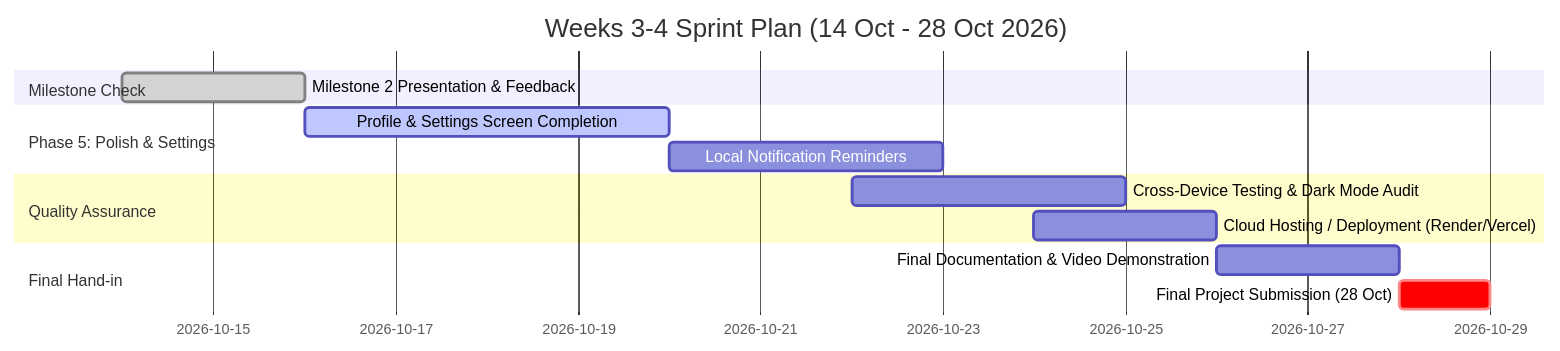
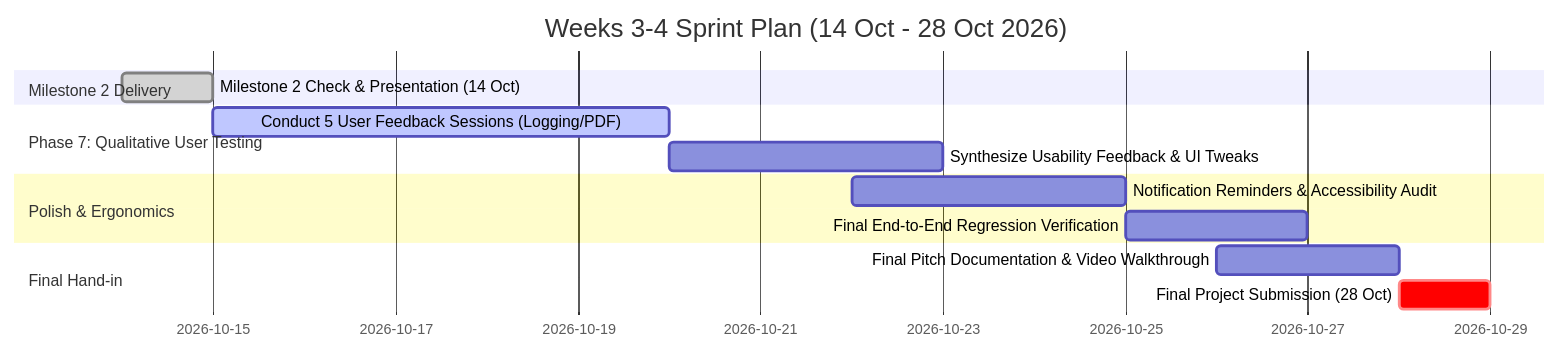
One commit to FrancoisleRouxDev/SymptomJournal changed the diagram in docs/MILESTONE_2_DOCUMENTATION.md. Above: the diagram before and after it, drawn with Mermaid. The commit also changed other lines of this file and 2 other files, not shown here.

Commit message:
docs: polish README with architecture, showcase, badges, and update Milestone 2 technical report

````diff
--- a/docs/MILESTONE_2_DOCUMENTATION.md
+++ b/docs/MILESTONE_2_DOCUMENTATION.md
@@ -121,16 +128,16 @@
 ```mermaid
 gantt
     title Weeks 3-4 Sprint Plan (14 Oct - 28 Oct 2026)
     dateFormat  YYYY-MM-DD
-    section Milestone Check
-    Milestone 2 Presentation & Feedback       :done, 2026-10-14, 2d
-    section Phase 5: Polish & Settings
-    Profile & Settings Screen Completion      :active, 2026-10-16, 4d
-    Local Notification Reminders              :2026-10-20, 3d
-    section Quality Assurance
-    Cross-Device Testing & Dark Mode Audit    :2026-10-22, 3d
-    Cloud Hosting / Deployment (Render/Vercel):2026-10-24, 2d
+    section Milestone 2 Delivery
+    Milestone 2 Check & Presentation (14 Oct) :done, 2026-10-14, 1d
+    section Phase 7: Qualitative User Testing
+    Conduct 5 User Feedback Sessions (Logging/PDF) :active, 2026-10-15, 5d
+    Synthesize Usability Feedback & UI Tweaks     :2026-10-20, 3d
+    section Polish & Ergonomics
+    Notification Reminders & Accessibility Audit  :2026-10-22, 3d
+    Final End-to-End Regression Verification      :2026-10-25, 2d
     section Final Hand-in
-    Final Documentation & Video Demonstration :2026-10-26, 2d
-    Final Project Submission (28 Oct)         :crit, 2026-10-28, 1d
+    Final Pitch Documentation & Video Walkthrough :2026-10-26, 2d
+    Final Project Submission (28 Oct)             :crit, 2026-10-28, 1d
 ```
````
